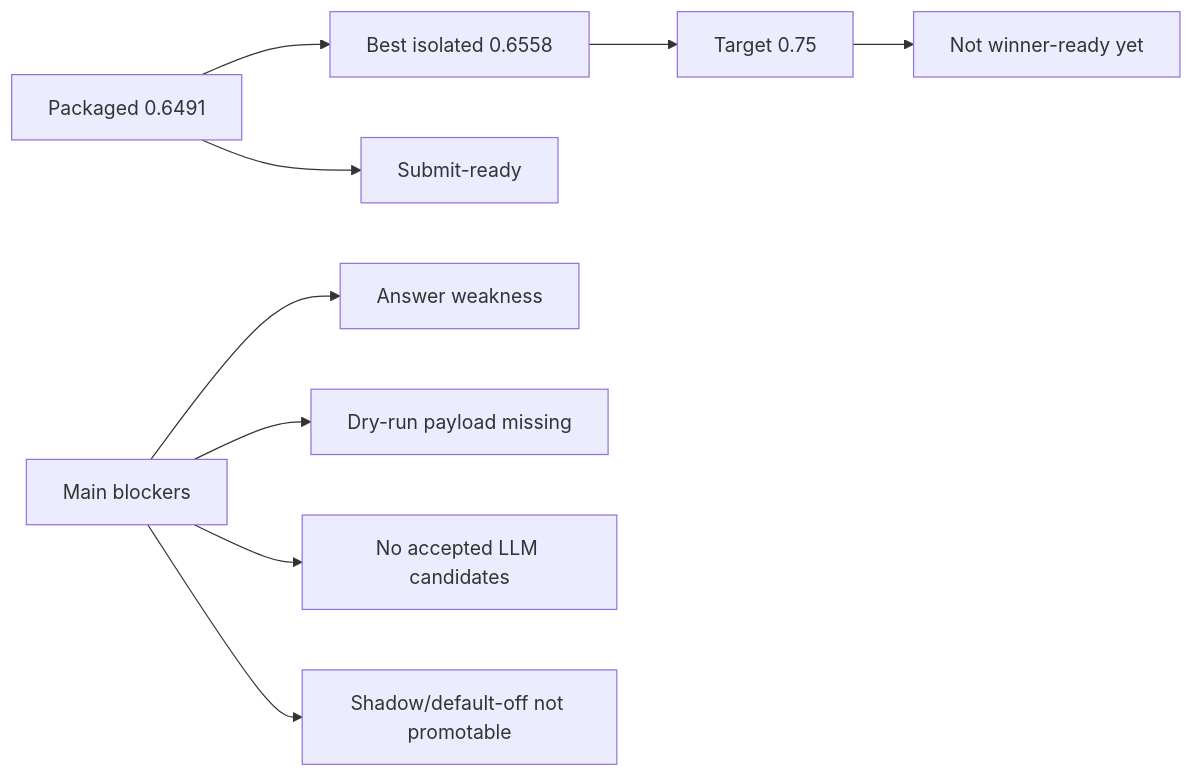
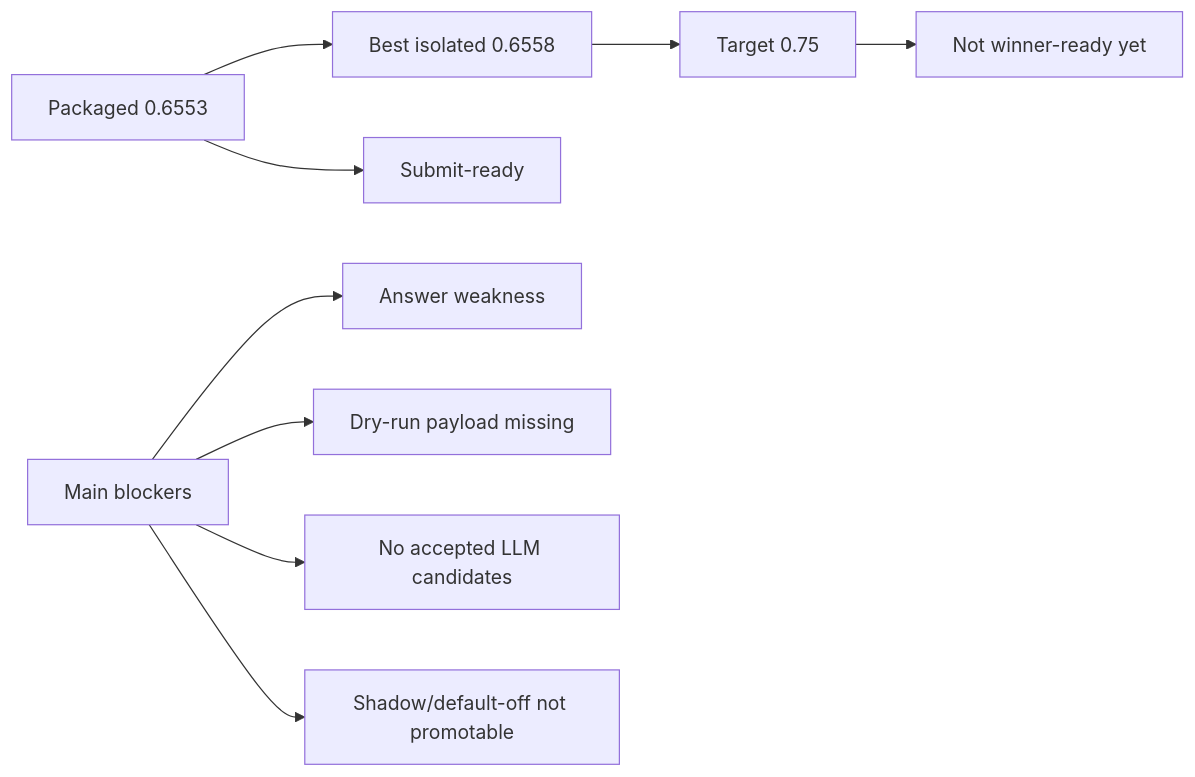
The diagram in outputs/visualizations/score_bottleneck_dashboard.md (dashsys-workshop-vldb/dashsys-workshop-vldb.github.io), drawn with Mermaid before and after one commit. The commit also changed other lines of this file and 4359 other files, not shown here.

````diff
--- a/outputs/visualizations/score_bottleneck_dashboard.md
+++ b/outputs/visualizations/score_bottleneck_dashboard.md
@@ -19,11 +19,11 @@
 ```mermaid
 flowchart LR
-  A["Packaged 0.6491"] --> B["Best isolated 0.6558"]
+  A["Packaged 0.6553"] --> B["Best isolated 0.6558"]
   B --> C["Target 0.75"]
   A --> D["Submit-ready"]
   C --> E["Not winner-ready yet"]
   F["Main blockers"] --> G["Answer weakness"]
   F --> H["Dry-run payload missing"]
   F --> I["No accepted LLM candidates"]
   F --> J["Shadow/default-off not promotable"]
 ```
````
